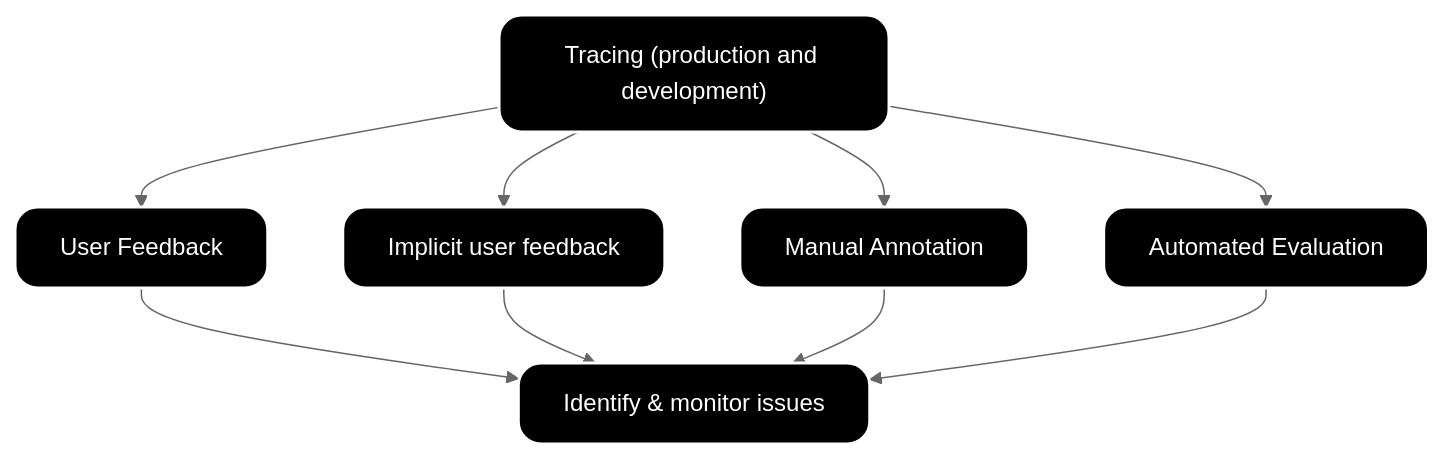
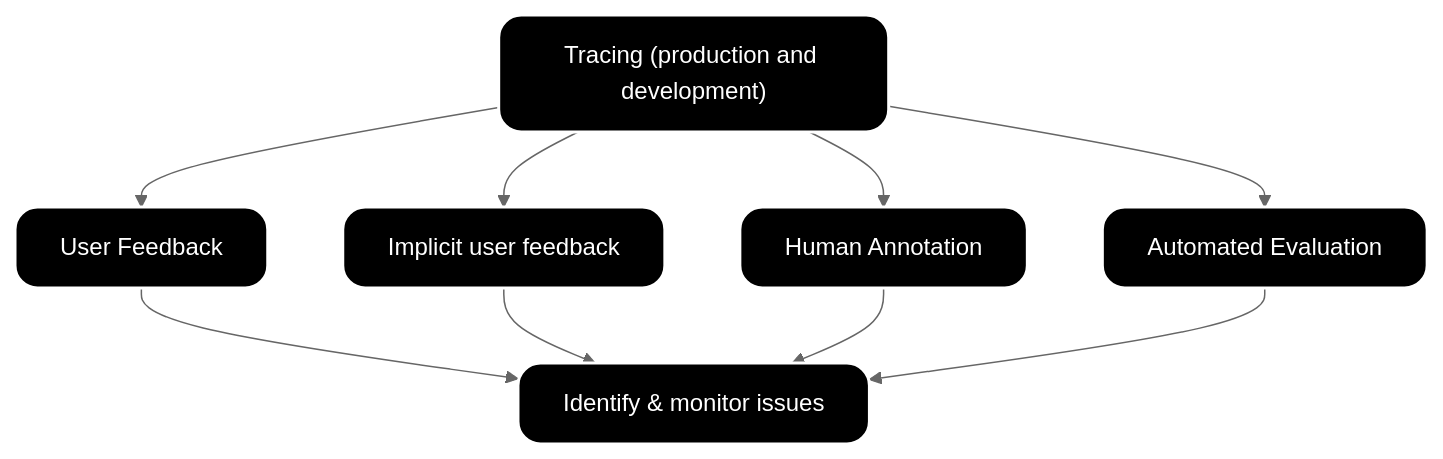
Before and after one commit to langfuse/langfuse-docs: the third of 4 diagrams in pages/blog/2025-03-04-llm-evaluation-101-best-practices-and-challenges.mdx, drawn with Mermaid (neutral theme). The commit also changed other lines of this file and 3 other files, not shown here.

````diff
--- a/pages/blog/2025-03-04-llm-evaluation-101-best-practices-and-challenges.mdx
+++ b/pages/blog/2025-03-04-llm-evaluation-101-best-practices-and-challenges.mdx
@@ -153,15 +153,15 @@
 ```mermaid
 graph TD
   A["Tracing (production and development)"] --> B["User Feedback"]
   A --> C["Implicit user feedback"]
-  A --> D["Manual Annotation"]
+  A --> D["Human Annotation"]
   A --> E["Automated Evaluation"]
 
   B --> F["Identify & monitor issues"]
   C --> F
   D --> F
   E --> F
 
 classDef boxes fill:#000,color:#fff,stroke:#fff,stroke-width:2px,rx:15px,ry:15px
 class A,B,C,D,E,F boxes
 ```
````
